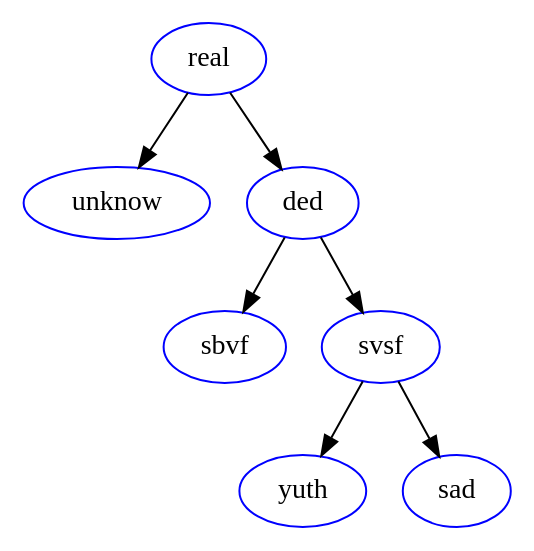
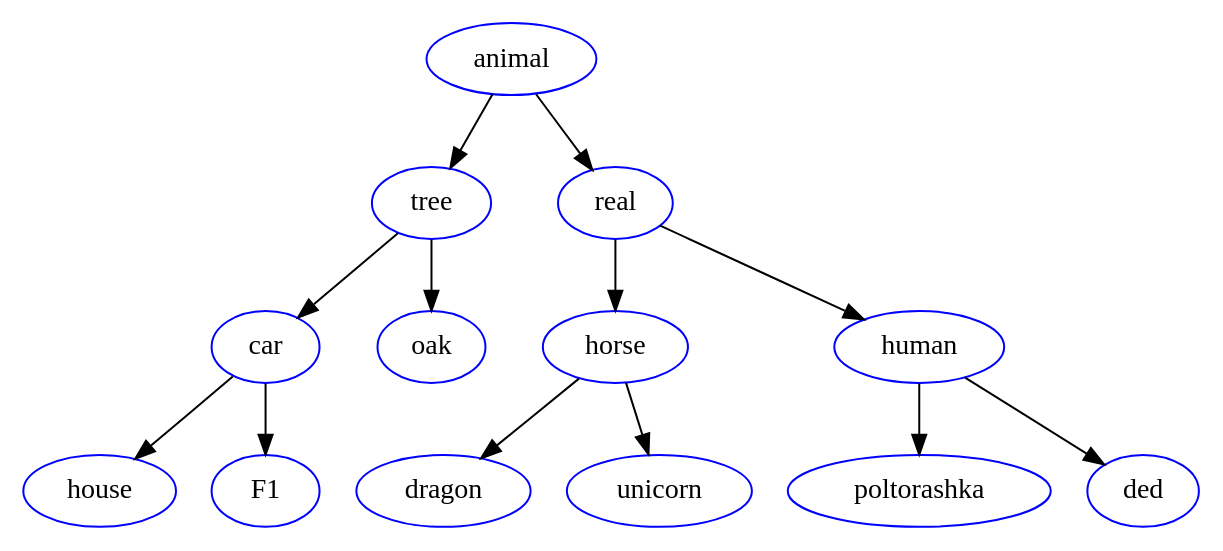
One commit to Misha-Belov/akinator changed the diagram in tree_draw.dot. Above: the diagram before and after it, drawn with Graphviz. The commit also changed 17 other files, not shown here.

```diff
--- a/tree_draw.dot
+++ b/tree_draw.dot
@@ -1,15 +1,27 @@
 digraph {
-	"001F1560" [label = "real", color = "blue"]
-	"001F1560" -> "001F1740"
-	"001F1740" [label = "unknow", color = "blue"]
-	"001F1560" -> "001F16C8"
-	"001F16C8" [label = "ded", color = "blue"]
-	"001F16C8" -> "001F3870"
-	"001F3870" [label = "sbvf", color = "blue"]
-	"001F16C8" -> "001F17B8"
-	"001F17B8" [label = "svsf", color = "blue"]
-	"001F17B8" -> "001F3960"
-	"001F3960" [label = "yuth", color = "blue"]
-	"001F17B8" -> "001F38E8"
-	"001F38E8" [label = "sad", color = "blue"]
+	"00C41560" [label = "animal", color = "blue"]
+	"00C41560" -> "00C41780"
+	"00C41780" [label = "tree", color = "blue"]
+	"00C41780" -> "00C480B8"
+	"00C480B8" [label = "car", color = "blue"]
+	"00C480B8" -> "00C48400"
+	"00C48400" [label = "house", color = "blue"]
+	"00C480B8" -> "00C48220"
+	"00C48220" [label = "F1", color = "blue"]
+	"00C41780" -> "00C404B0"
+	"00C404B0" [label = "oak", color = "blue"]
+	"00C41560" -> "00C41708"
+	"00C41708" [label = "real", color = "blue"]
+	"00C41708" -> "00C44878"
+	"00C44878" [label = "horse", color = "blue"]
+	"00C44878" -> "00C44C38"
+	"00C44C38" [label = "dragon", color = "blue"]
+	"00C44878" -> "00C44BC0"
+	"00C44BC0" [label = "unicorn", color = "blue"]
+	"00C41708" -> "00C417F8"
+	"00C417F8" [label = "human", color = "blue"]
+	"00C417F8" -> "00C44968"
+	"00C44968" [label = "poltorashka", color = "blue"]
+	"00C417F8" -> "00C448F0"
+	"00C448F0" [label = "ded", color = "blue"]
 }
```
